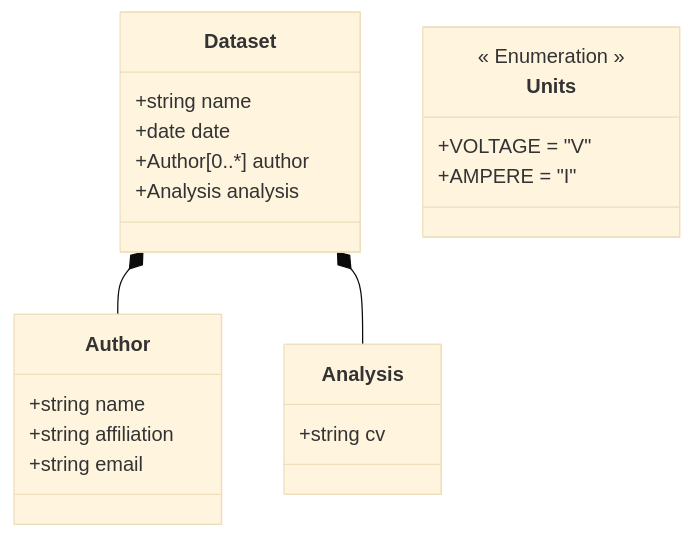
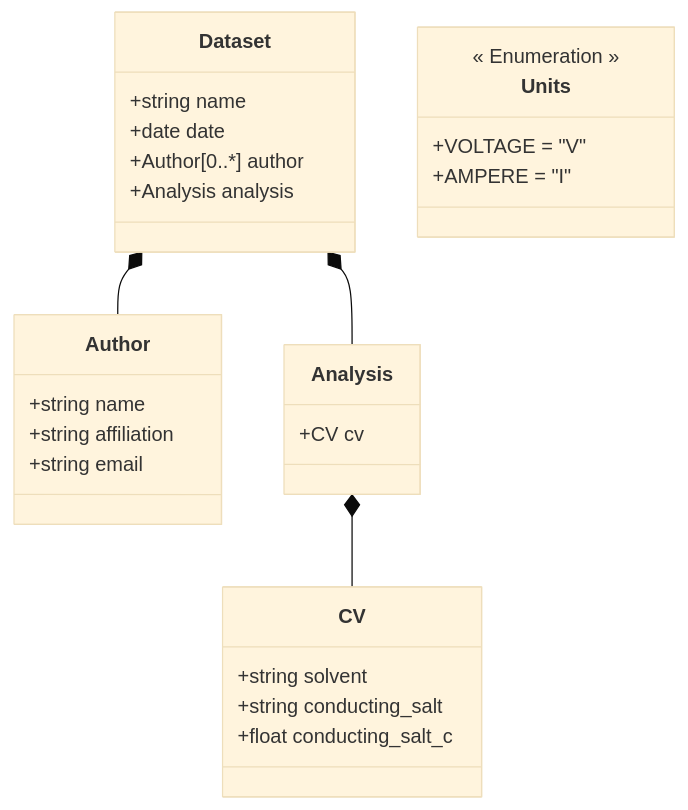
Before and after one commit to FAIRChemistry/datamodel-electrochemistry: the diagram in ElectrochemistryDataModel/schemes/Datamodel for Electrochemistry.md, drawn with Mermaid (base theme). The commit also changed 5 other files, not shown here.

````diff
--- a/ElectrochemistryDataModel/schemes/Datamodel for Electrochemistry.md
+++ b/ElectrochemistryDataModel/schemes/Datamodel for Electrochemistry.md
@@ -1,29 +1,36 @@
 ```mermaid
 classDiagram
     Dataset *-- Author
     Dataset *-- Analysis
+    Analysis *-- CV
     
     class Dataset {
         +string name
         +date date
         +Author[0..*] author
         +Analysis analysis
     }
     
     class Analysis {
-        +string cv
+        +CV cv
+    }
+    
+    class CV {
+        +string solvent
+        +string conducting_salt
+        +float conducting_salt_c
     }
     
     class Author {
         +string name
         +string affiliation
         +string email
     }
     
     class Units {
         << Enumeration >>
         +VOLTAGE = "V"
         +AMPERE = "I"
     }
     
 ```
````
